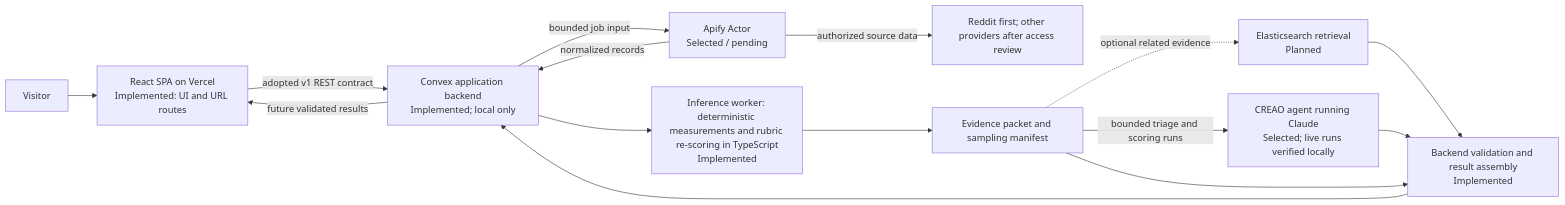
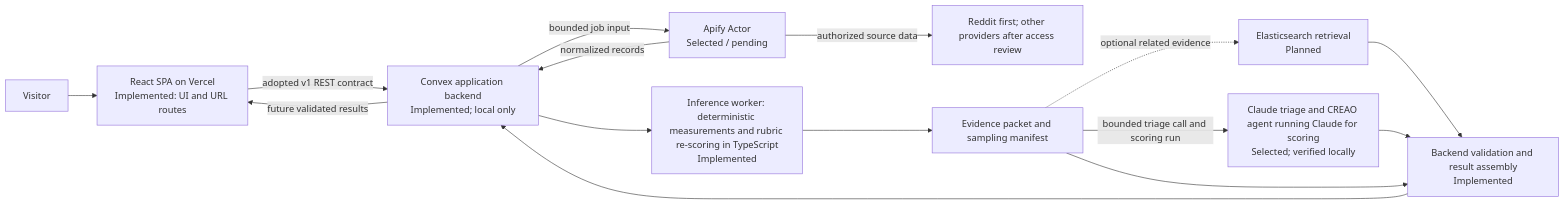
One commit to deadinternettheory-calhacks/dead-internet-theory changed the second of 2 diagrams in SPEC.md. Above: the diagram before and after it, drawn with Mermaid. The commit also changed other lines of this file and 3 other files, not shown here.

First line of the commit message:
docs: document faster inference and CREAO agent edits

````diff
--- a/SPEC.md
+++ b/SPEC.md
@@ -166,17 +166,17 @@
 ```mermaid
 flowchart LR
     Person[Visitor] --> Web[React SPA on Vercel<br/>Implemented: UI and URL routes]
     Web -->|adopted v1 REST contract| Convex[Convex application backend<br/>Implemented; local only]
     Convex -->|bounded job input| Apify[Apify Actor<br/>Selected / pending]
     Apify -->|authorized source data| Platform[Reddit first; other providers after access review]
     Apify -->|normalized records| Convex
     Convex --> Python[Inference worker: deterministic measurements and rubric re-scoring in TypeScript<br/>Implemented]
     Python --> Packet[Evidence packet and sampling manifest]
     Packet -. optional related evidence .-> Elastic[Elasticsearch retrieval<br/>Planned]
-    Packet -->|bounded triage and scoring runs| CREAO[CREAO agent running Claude<br/>Selected; live runs verified locally]
+    Packet -->|bounded triage call and scoring run| CREAO[Claude triage and CREAO agent running Claude for scoring<br/>Selected; verified locally]
     Elastic --> Validate[Backend validation and result assembly<br/>Implemented]
     CREAO --> Validate
     Packet --> Validate
     Validate --> Convex
     Convex -->|future validated results| Web
 ```
````
